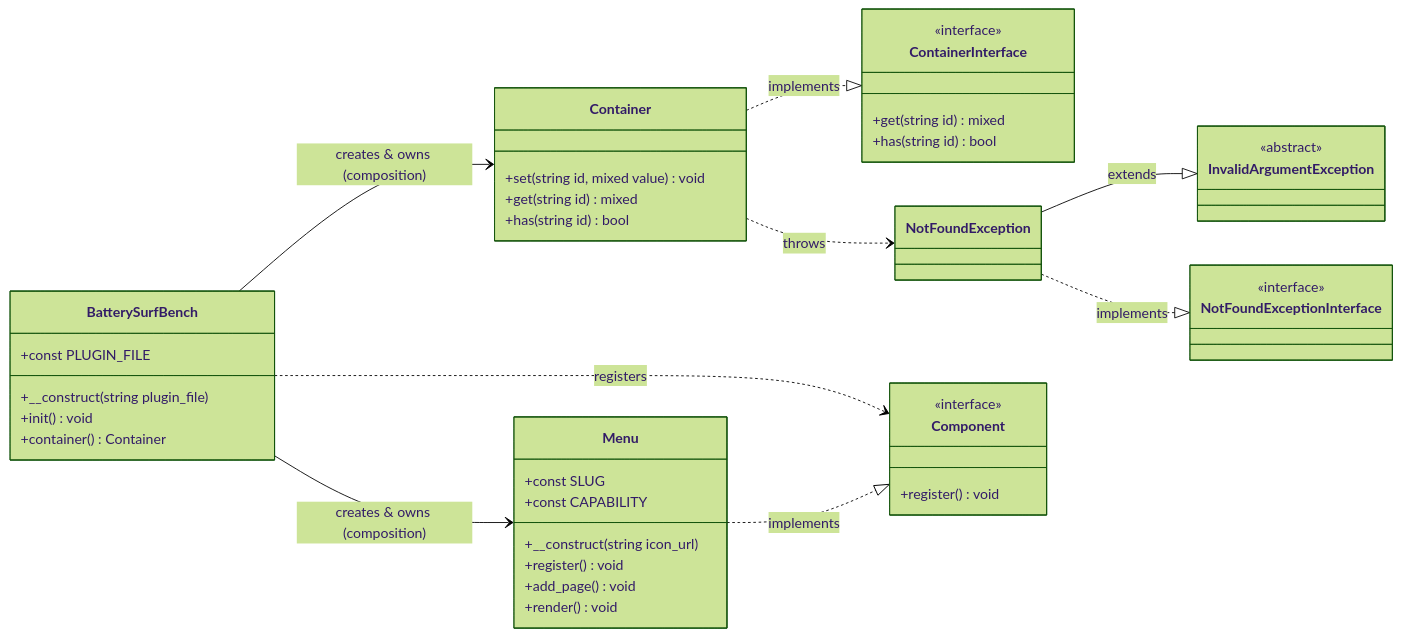
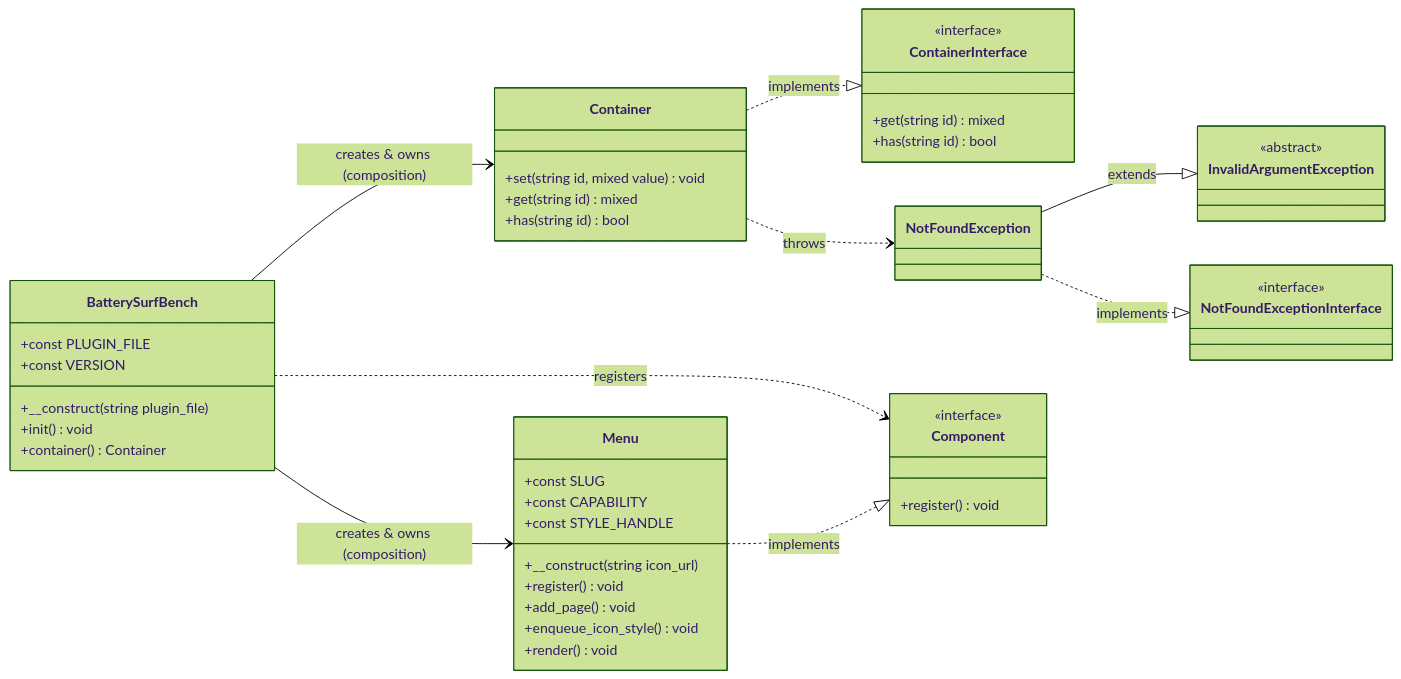
The diagram in docs/contracts/php-class-interactions.mmd (erdembircan/battery-surf-bench), drawn with Mermaid (forest theme) before and after one commit. The commit also changed 4 other files, not shown here.

```diff
--- a/docs/contracts/php-class-interactions.mmd
+++ b/docs/contracts/php-class-interactions.mmd
@@ -1,55 +1,58 @@
 %% PHP class interactions — contract chart.
 classDiagram
     direction LR
 
     class BatterySurfBench {
         +const PLUGIN_FILE
+        +const VERSION
         +__construct(string plugin_file)
         +init() void
         +container() Container
     }
 
     class ContainerInterface {
         <<interface>>
         +get(string id) mixed
         +has(string id) bool
     }
 
     class Container {
         +set(string id, mixed value) void
         +get(string id) mixed
         +has(string id) bool
     }
 
     class NotFoundExceptionInterface {
         <<interface>>
     }
 
     class InvalidArgumentException {
         <<abstract>>
     }
 
     class NotFoundException
 
     class Component {
         <<interface>>
         +register() void
     }
 
     class Menu {
         +const SLUG
         +const CAPABILITY
+        +const STYLE_HANDLE
         +__construct(string icon_url)
         +register() void
         +add_page() void
+        +enqueue_icon_style() void
         +render() void
     }
 
     BatterySurfBench --> Container : creates & owns (composition)
     BatterySurfBench --> Menu : creates & owns (composition)
     BatterySurfBench ..> Component : registers
     Menu ..|> Component : implements
     Container ..|> ContainerInterface : implements
     Container ..> NotFoundException : throws
     NotFoundException --|> InvalidArgumentException : extends
     NotFoundException ..|> NotFoundExceptionInterface : implements
```
